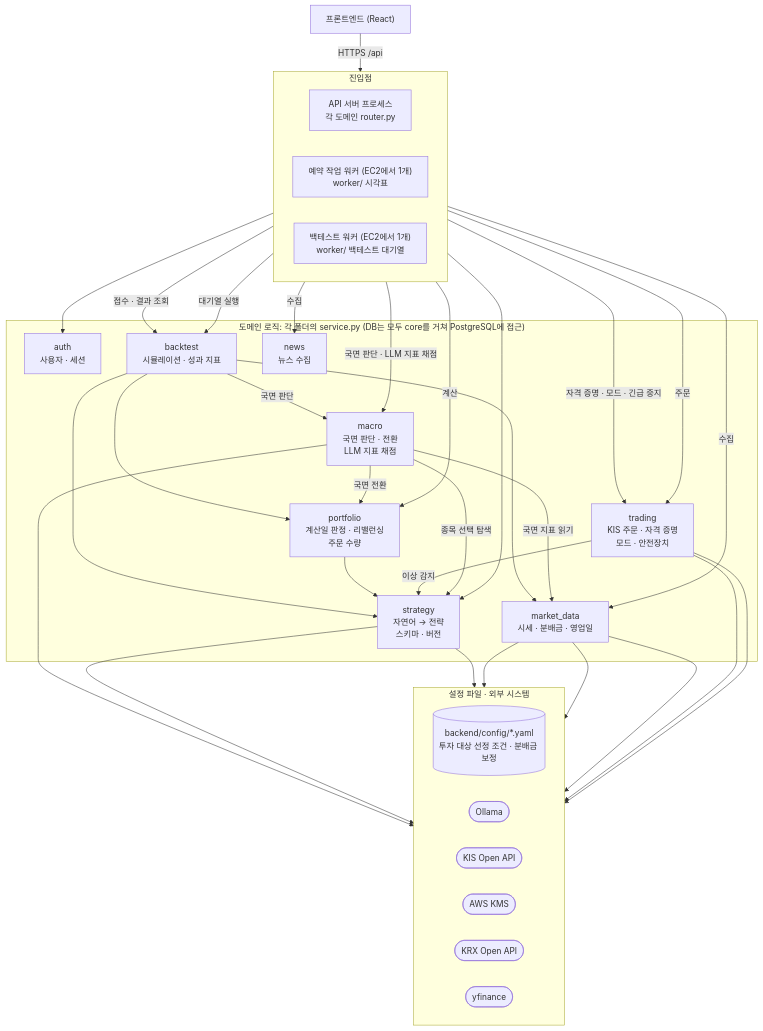
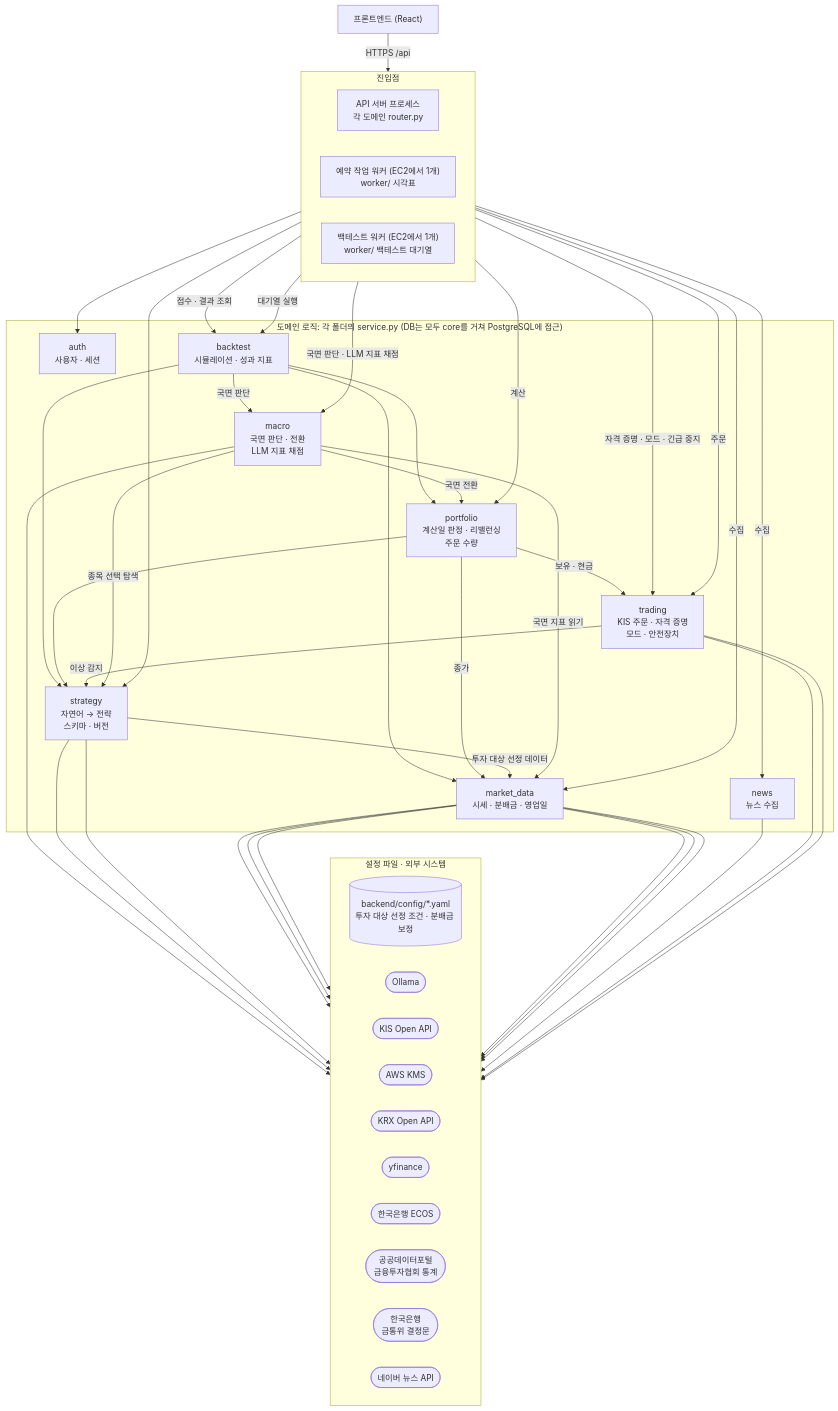
One commit to tukorea-capston-project/etf-rebalancing changed the first of 3 diagrams in docs/architecture.md. Above: the diagram before and after it, drawn with Mermaid. The commit also changed other lines of this file and 9 other files, not shown here.

````diff
--- a/docs/architecture.md
+++ b/docs/architecture.md
@@ -114,63 +115,74 @@
 ```mermaid
 flowchart TB
     FE["프론트엔드 (React)"] -->|"HTTPS /api"| routers
 
     subgraph ENTRY["진입점"]
         direction LR
         routers["API 서버 프로세스<br/>각 도메인 router.py"]
         worker["예약 작업 워커 (EC2에서 1개)<br/>worker/ 시각표"]
         btworker["백테스트 워커 (EC2에서 1개)<br/>worker/ 백테스트 대기열"]
     end
 
     subgraph DOM["도메인 로직: 각 폴더의 service.py (DB는 모두 core를 거쳐 PostgreSQL에 접근)"]
         auth["auth<br/>사용자 · 세션"]
         backtest["backtest<br/>시뮬레이션 · 성과 지표"]
         trading["trading<br/>KIS 주문 · 자격 증명<br/>모드 · 안전장치"]
         market["market_data<br/>시세 · 분배금 · 영업일"]
         macro["macro<br/>국면 판단 · 전환<br/>LLM 지표 채점"]
         news["news<br/>뉴스 수집"]
         portfolio["portfolio<br/>계산일 판정 · 리밸런싱<br/>주문 수량"]
         strategy["strategy<br/>자연어 → 전략<br/>스키마 · 버전"]
     end
 
     subgraph EXT["설정 파일 · 외부 시스템"]
         direction LR
         cfg[("backend/config/*.yaml<br/>투자 대상 선정 조건 · 분배금 보정")]
         ollama(["Ollama"])
         kis(["KIS Open API"])
         kms(["AWS KMS"])
         krx(["KRX Open API"])
         yf(["yfinance"])
+        ecos(["한국은행 ECOS"])
+        kofia(["공공데이터포털<br/>금융투자협회 통계"])
+        bok(["한국은행<br/>금통위 결정문"])
+        naver(["네이버 뉴스 API"])
     end
 
     routers --> auth
     routers --> strategy
     routers -->|"접수 · 결과 조회"| backtest
     routers -->|"자격 증명 · 모드 · 긴급 중지"| trading
 
     worker -->|"수집"| market
     worker -->|"계산"| portfolio
     worker -->|"주문"| trading
     btworker -->|"대기열 실행"| backtest
     worker -->|"국면 판단 · LLM 지표 채점"| macro
     worker -->|"수집"| news
 
     backtest --> portfolio
     backtest --> market
     backtest --> strategy
     backtest -->|"국면 판단"| macro
     portfolio --> strategy
+    portfolio -->|"종가"| market
+    portfolio -->|"보유 · 현금"| trading
+    strategy -->|"투자 대상 선정 데이터"| market
     trading -->|"이상 감지"| strategy
     macro -->|"국면 전환"| portfolio
     macro -->|"국면 지표 읽기"| market
     macro -->|"종목 선택 탐색"| strategy
     macro --> ollama
 
     strategy --> ollama
     strategy --> cfg
     market --> cfg
     market --> krx
     market --> yf
+    market --> ecos
+    market --> kofia
+    market --> bok
+    news --> naver
     trading --> kis
     trading --> kms
 ```
````
